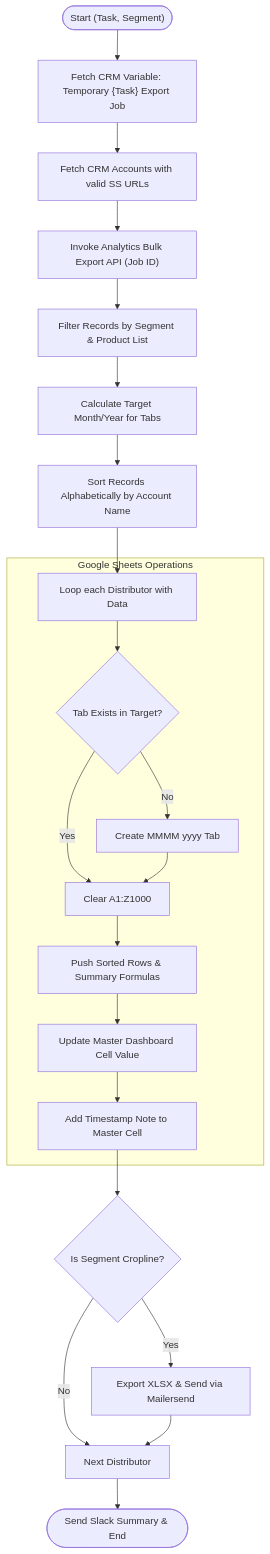
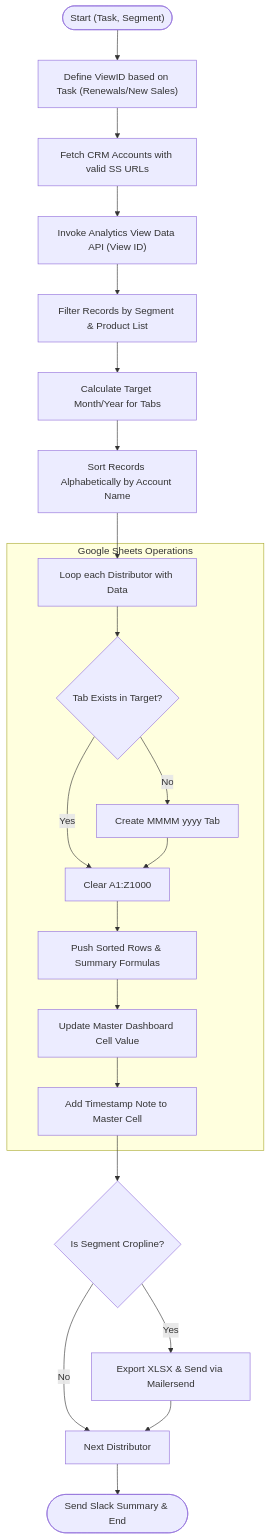
The diagram in Revenue and Finance/Data Exports/Invoicing/Invoicing Exports Handler/delugeRenewalsAndNewSalesExportHandler.md (martinkp93/zoho-scripts), drawn with Mermaid before and after one commit. The commit also changed other lines of this file, not shown here.

Commit message:
Update delugeRenewalsAndNewSalesExportHandler.md docs via DeluluDocu

````diff
--- a/Revenue and Finance/Data Exports/Invoicing/Invoicing Exports Handler/delugeRenewalsAndNewSalesExportHandler.md
+++ b/Revenue and Finance/Data Exports/Invoicing/Invoicing Exports Handler/delugeRenewalsAndNewSalesExportHandler.md
@@ -41,27 +41,27 @@
 ```mermaid
 graph TD
-    Start(["Start (Task, Segment)"]) --> GetJobVar["Fetch CRM Variable: Temporary {Task} Export Job"]
-    GetJobVar --> FetchCRM["Fetch CRM Accounts with valid SS URLs"]
-    FetchCRM --> AnalyticsExport["Invoke Analytics Bulk Export API (Job ID)"]
+    Start(["Start (Task, Segment)"]) --> DefineView["Define ViewID based on Task (Renewals/New Sales)"]
+    DefineView --> FetchCRM["Fetch CRM Accounts with valid SS URLs"]
+    FetchCRM --> AnalyticsExport["Invoke Analytics View Data API (View ID)"]
     AnalyticsExport --> FilterData["Filter Records by Segment & Product List"]
     FilterData --> DateCalc["Calculate Target Month/Year for Tabs"]
     DateCalc --> SortData["Sort Records Alphabetically by Account Name"]
     SortData --> LoopDist["Loop each Distributor with Data"]
     
     subgraph GoogleUpdate ["Google Sheets Operations"]
         LoopDist --> TabCheck{"Tab Exists in Target?"}
         TabCheck -- "No" --> CreateTab["Create MMMM yyyy Tab"]
         TabCheck -- "Yes" --> ClearData["Clear A1:Z1000"]
         CreateTab --> ClearData
         ClearData --> PushData["Push Sorted Rows & Summary Formulas"]
         PushData --> MasterDash["Update Master Dashboard Cell Value"]
         MasterDash --> CellNote["Add Timestamp Note to Master Cell"]
     end
     
     CellNote --> IsCropline{"Is Segment Cropline?"}
     IsCropline -- "Yes" --> Email["Export XLSX & Send via Mailersend"]
     IsCropline -- "No" --> NextDist["Next Distributor"]
     Email --> NextDist
     
     NextDist --> End(["Send Slack Summary & End"])
 ```
````
